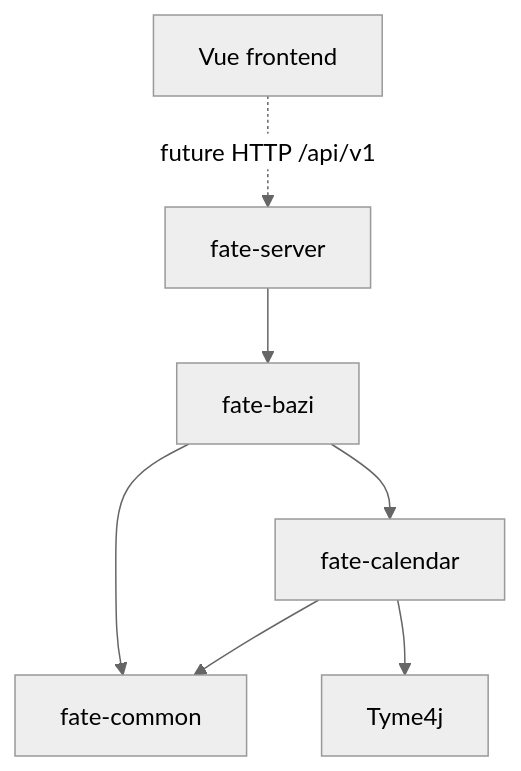
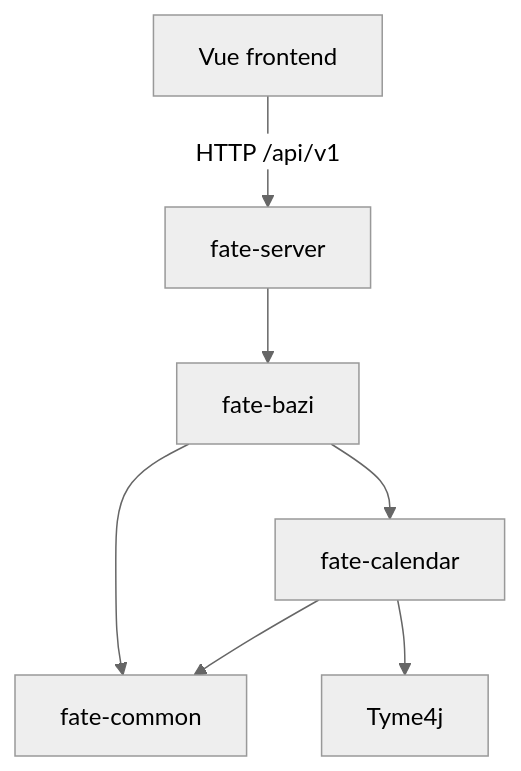
Before and after one commit to daimubai/fate-stay-research: the diagram in docs/architecture/README.md, drawn with Mermaid (neutral theme). The commit also changed other lines of this file and 23 other files, not shown here.

````diff
--- a/docs/architecture/README.md
+++ b/docs/architecture/README.md
@@ -5,9 +5,9 @@
 ```mermaid
 flowchart TD
-    UI[Vue frontend] -. future HTTP /api/v1 .-> Server[fate-server]
+    UI[Vue frontend] -- HTTP /api/v1 --> Server[fate-server]
     Server --> Bazi[fate-bazi]
     Bazi --> Calendar[fate-calendar]
     Bazi --> Common[fate-common]
     Calendar --> Common
     Calendar --> Tyme[Tyme4j]
 ```
````
